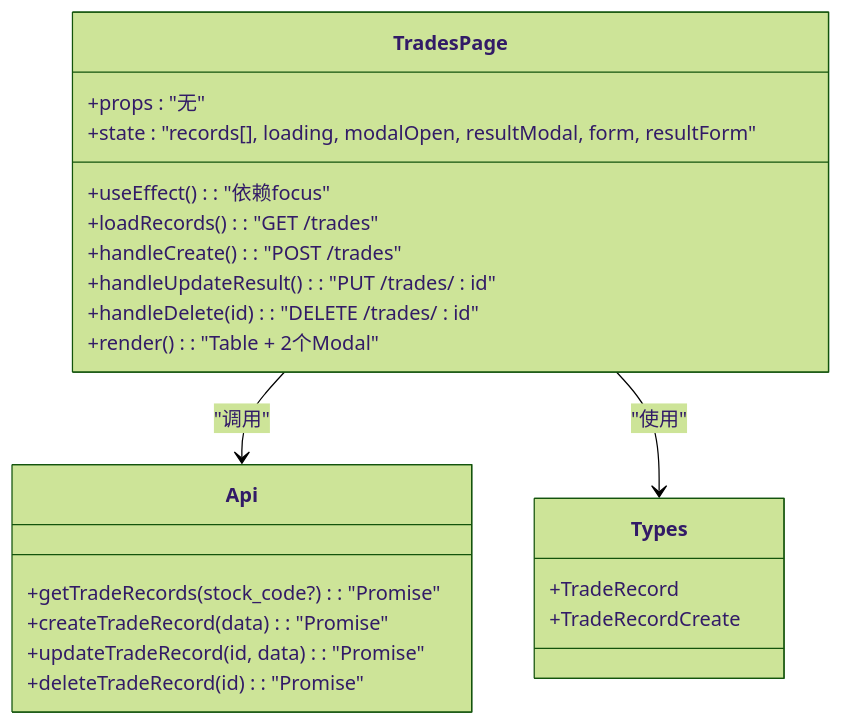
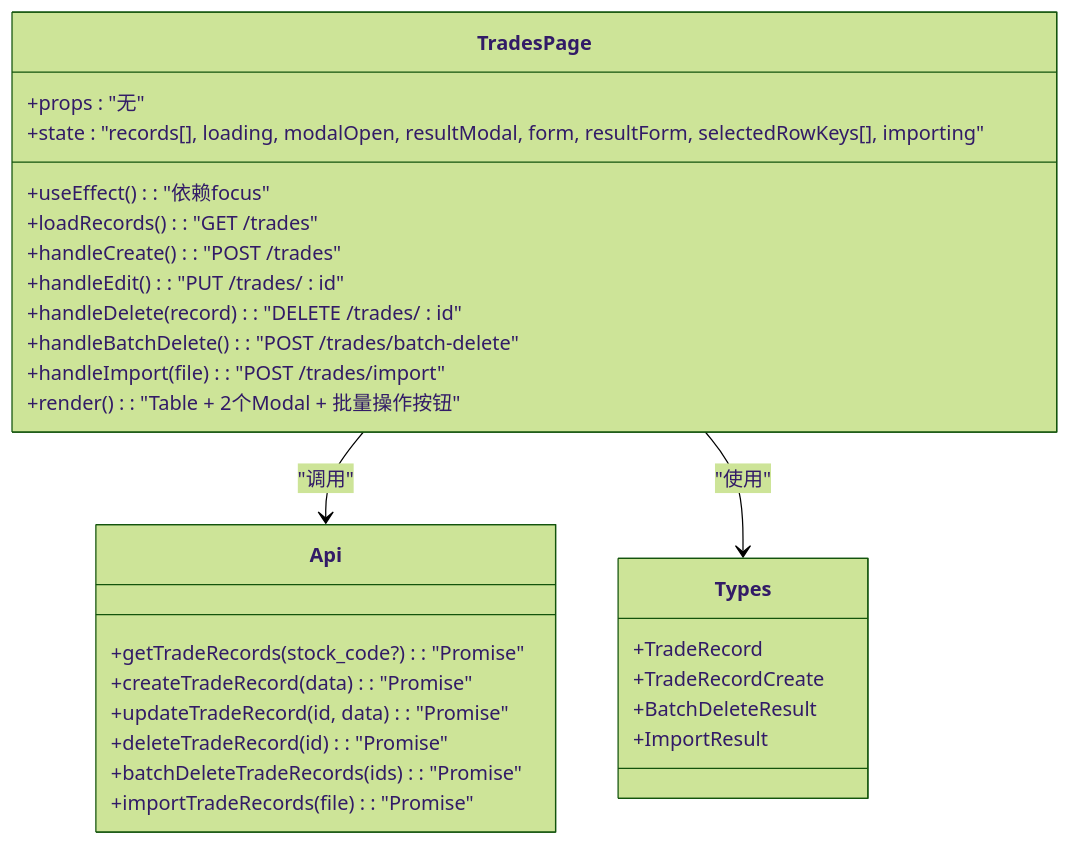
Before and after one commit to Moruime/stock_foker: the fifth of 9 diagrams in .qoder/repowiki/zh/content/前端组件/页面组件.md, drawn with Mermaid (forest theme). The commit also changed other lines of this file and 10 other files, not shown here.

````diff
--- a/.qoder/repowiki/zh/content/前端组件/页面组件.md
+++ b/.qoder/repowiki/zh/content/前端组件/页面组件.md
@@ -244,25 +263,31 @@
 ```mermaid
 classDiagram
 class TradesPage {
 +props : "无"
-+state : "records[], loading, modalOpen, resultModal, form, resultForm"
++state : "records[], loading, modalOpen, resultModal, form, resultForm, selectedRowKeys[], importing"
 +useEffect() : "依赖focus"
 +loadRecords() : "GET /trades"
 +handleCreate() : "POST /trades"
-+handleUpdateResult() : "PUT /trades/ : id"
-+handleDelete(id) : "DELETE /trades/ : id"
-+render() : "Table + 2个Modal"
++handleEdit() : "PUT /trades/ : id"
++handleDelete(record) : "DELETE /trades/ : id"
++handleBatchDelete() : "POST /trades/batch-delete"
++handleImport(file) : "POST /trades/import"
++render() : "Table + 2个Modal + 批量操作按钮"
 }
 class Api {
 +getTradeRecords(stock_code?) : "Promise<TradeRecord[]>"
 +createTradeRecord(data) : "Promise<TradeRecord>"
 +updateTradeRecord(id, data) : "Promise<TradeRecord>"
 +deleteTradeRecord(id) : "Promise<void>"
++batchDeleteTradeRecords(ids) : "Promise<BatchDeleteResult>"
++importTradeRecords(file) : "Promise<ImportResult>"
 }
 class Types {
 +TradeRecord
 +TradeRecordCreate
++BatchDeleteResult
++ImportResult
 }
 TradesPage --> Api : "调用"
 TradesPage --> Types : "使用"
 ```
````
